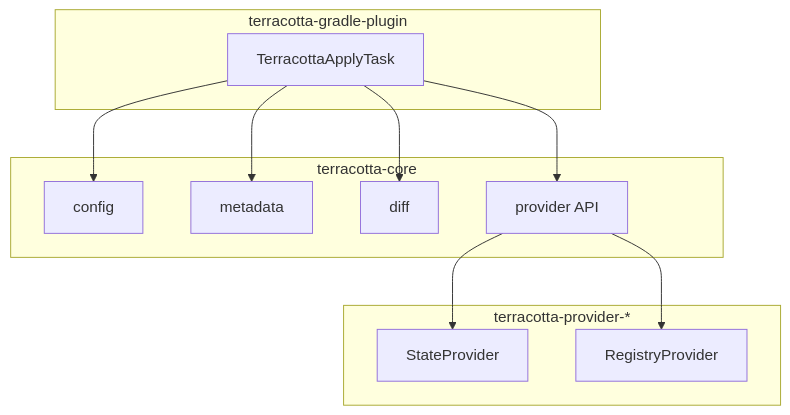
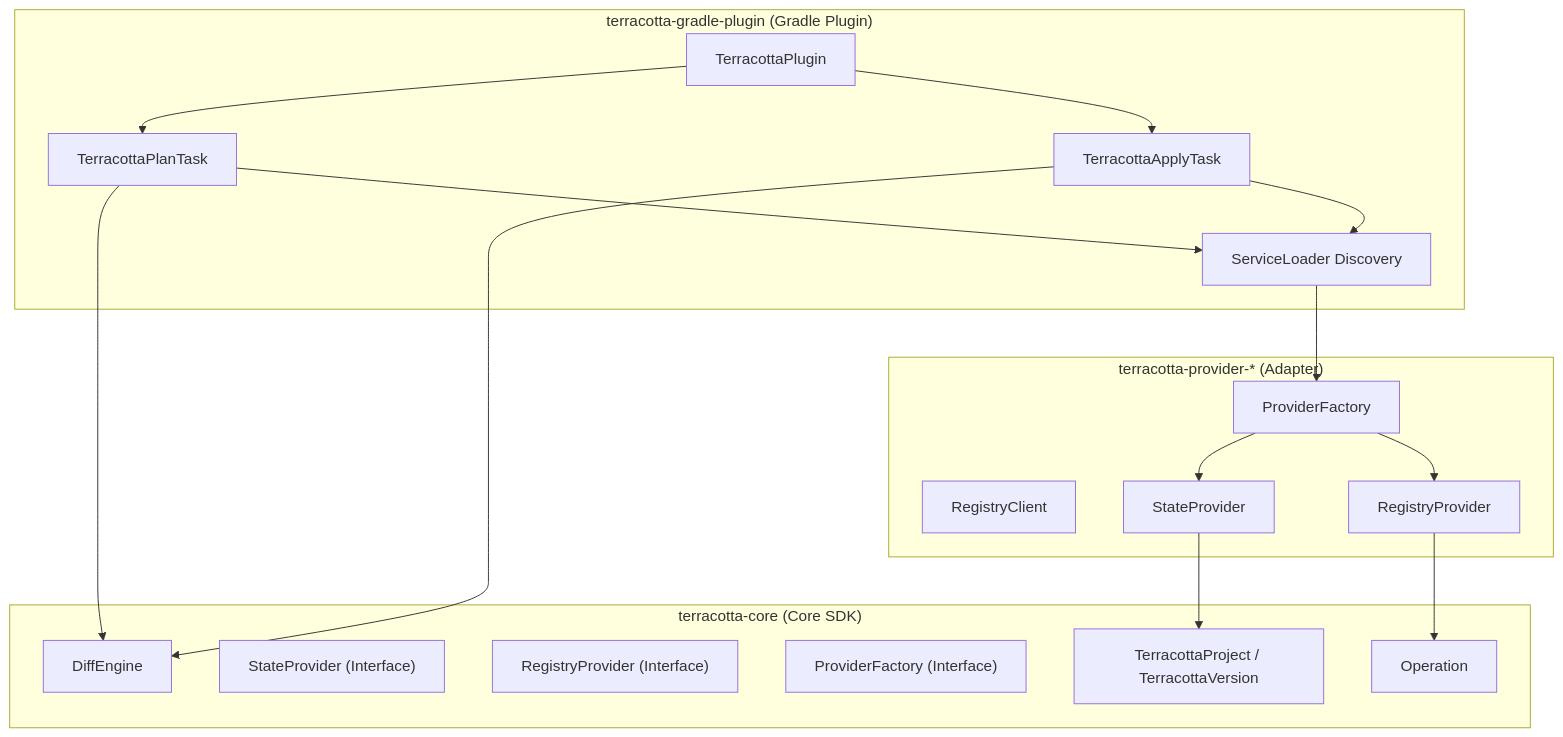
One commit to beduality/terracotta changed the diagram in docs/content/modules/core/explanation/architecture.md. Above: the diagram before and after it, drawn with Mermaid. The commit also changed 17 other files, not shown here.

````diff
--- a/docs/content/modules/core/explanation/architecture.md
+++ b/docs/content/modules/core/explanation/architecture.md
@@ -39,25 +39,37 @@
 ```mermaid
 graph TD
-    subgraph core["terracotta-core"]
-        Config["config"]
-        Metadata["metadata"]
-        Diff["diff"]
-        ProviderAPI["provider API"]
+    subgraph terracotta-gradle-plugin["terracotta-gradle-plugin (Gradle Plugin)"]
+        Plugin["TerracottaPlugin"]
+        PlanTask["TerracottaPlanTask"]
+        ApplyTask["TerracottaApplyTask"]
+        ServiceLoaderLookup["ServiceLoader Discovery"]
     end
 
-    subgraph gradle["terracotta-gradle-plugin"]
-        Task["TerracottaApplyTask"]
+    subgraph terracotta-provider-modrinth["terracotta-provider-* (Adapter)"]
+        Client["RegistryClient"]
+        State["StateProvider"]
+        Registry["RegistryProvider"]
+        ProviderFactoryImpl["ProviderFactory"]
     end
 
-    subgraph provider["terracotta-provider-*"]
-        State["StateProvider"]
-        Registry["RegistryProvider"]
+    subgraph terracotta-core["terracotta-core (Core SDK)"]
+        DiffEngine["DiffEngine"]
+        StateProvider["StateProvider (Interface)"]
+        RegistryProvider["RegistryProvider (Interface)"]
+        ProviderFactory["ProviderFactory (Interface)"]
+        Models["TerracottaProject / TerracottaVersion"]
+        Operation["Operation"]
     end
 
-    Task --> Config
-    Task --> Metadata
-    Task --> Diff
-    Task --> ProviderAPI
-    ProviderAPI --> State
-    ProviderAPI --> Registry
+    Plugin --> PlanTask
+    Plugin --> ApplyTask
+    PlanTask --> ServiceLoaderLookup
+    ApplyTask --> ServiceLoaderLookup
+    ServiceLoaderLookup --> ProviderFactoryImpl
+    ProviderFactoryImpl --> State
+    ProviderFactoryImpl --> Registry
+    PlanTask --> DiffEngine
+    ApplyTask --> DiffEngine
+    State --> Models
+    Registry --> Operation
 ```
````
